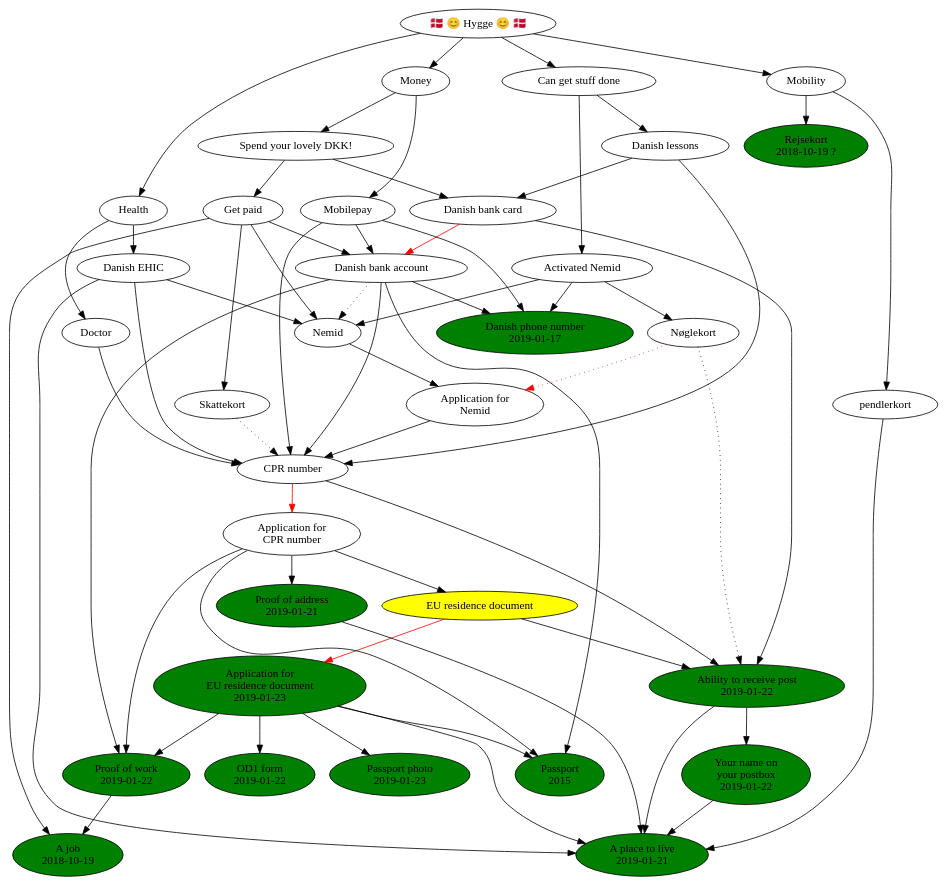
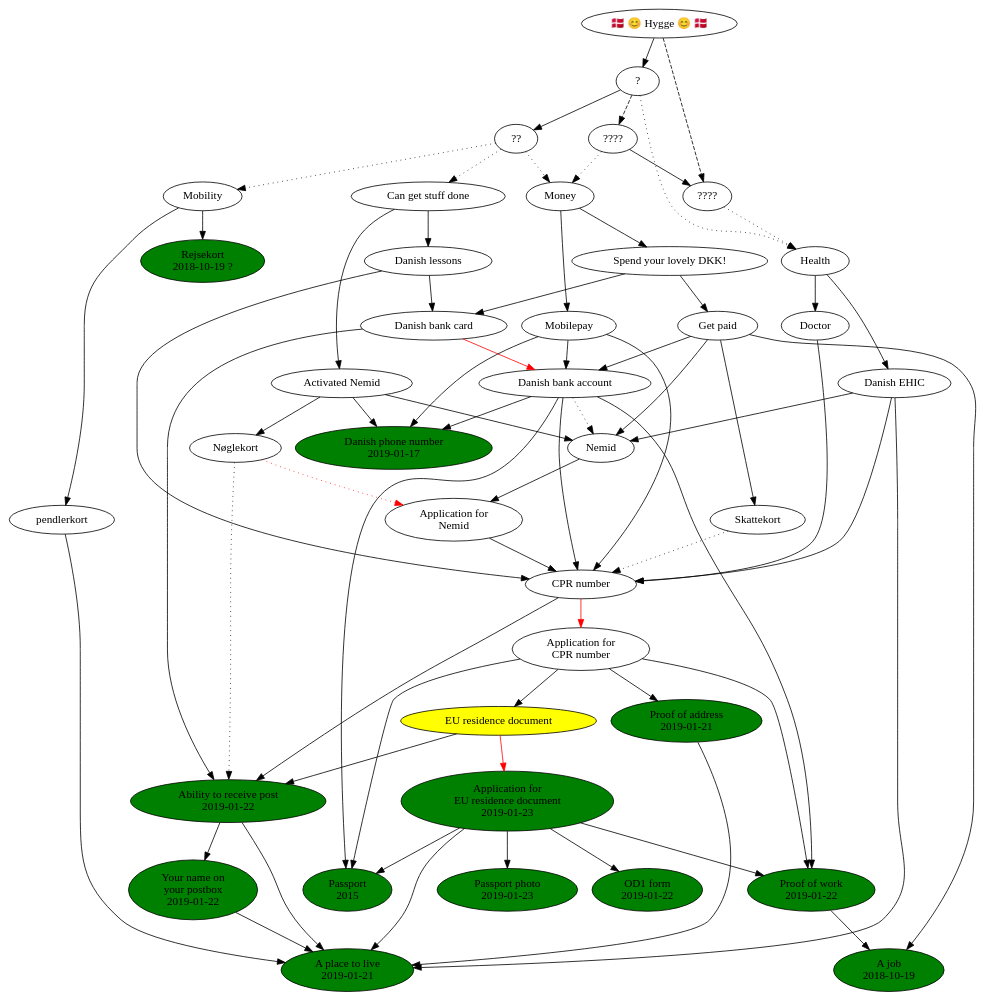
The diagram in flytter-til-danmark.dot (NoahBohme/emigrerer-til-danmark), drawn with Graphviz before and after one commit. The commit also changed 3 other files, not shown here.

```diff
--- a/flytter-til-danmark.dot
+++ b/flytter-til-danmark.dot
@@ -1,122 +1,136 @@
 digraph g {
   job [ label="A job\n2018-10-19" style=filled fillcolor=green ]
   proof_of_work [ label="Proof of work\n2019-01-22" style=filled fillcolor=green ]
   proof_of_work -> job
 
   passport [ label="Passport\n2015" style=filled fillcolor=green ]
 
   danish_phone_number [ label="Danish phone number\n2019-01-17" style=filled fillcolor=green ]
   rejsekort [ label="Rejsekort\n2018-10-19 ?" style=filled fillcolor=green ]
 
   place_to_live [ label="A place to live\n2019-01-21" style=filled fillcolor=green ]
 
   name_on_postbox [ label="Your name on\nyour postbox\n2019-01-22" style=filled fillcolor=green ]
   name_on_postbox -> place_to_live
 
   can_receive_post [ label="Ability to receive post\n2019-01-22" style=filled fillcolor=green ]
   can_receive_post -> place_to_live
   can_receive_post -> name_on_postbox
 
   pendlerkort
   pendlerkort -> place_to_live
 
   eu_residence_document_application [ label="Application for\nEU residence document\n2019-01-23" style=filled fillcolor=green ]
   eu_residence_document_application -> place_to_live
   eu_residence_document_application -> proof_of_work
   eu_residence_document_application -> passport
   eu_residence_document_application -> od1_form
   od1_form [ label="OD1 form\n2019-01-22" style=filled fillcolor=green ]
   passport_photo [ label="Passport photo\n2019-01-23" style=filled fillcolor=green ]
   eu_residence_document_application -> passport_photo
 
   eu_residence_document [ label="EU residence document" style=filled fillcolor=yellow ]
   eu_residence_document -> eu_residence_document_application [ color="red" ]
   eu_residence_document -> can_receive_post
 
   cpr_number_application [ label="Application for\nCPR number" ]
   cpr_number_application -> eu_residence_document
   cpr_number_application -> proof_of_work
   cpr_number_application -> proof_of_address
   cpr_number_application -> passport
 
   cpr_number [ label="CPR number" ]
   cpr_number -> cpr_number_application [ color="red" ]
   cpr_number -> can_receive_post
 
   proof_of_address [ label="Proof of address\n2019-01-21" style=filled fillcolor=green ]
   proof_of_address -> place_to_live
 
   skattekort [ label="Skattekort" ]
   skattekort -> cpr_number [ style="dotted" ]
 
   nemid_application [ label="Application for\nNemid" ]
   nemid_application -> cpr_number
   nemid [ label="Nemid" ]
   nemid -> nemid_application
 
   danish_bank_account [ label="Danish bank account" ]
   danish_bank_account -> cpr_number
   danish_bank_account -> proof_of_work
   danish_bank_account -> nemid [ style="dotted" ]
   danish_bank_account -> passport
   danish_bank_account -> danish_phone_number
 
   activated_nemid [ label="Activated Nemid" ]
   activated_nemid -> nemid
   activated_nemid -> danish_phone_number
   noglekort [ label="Nøglekort" ]
   activated_nemid -> noglekort
   noglekort -> nemid_application [ style="dotted" color="red" ]
   noglekort -> can_receive_post [ style="dotted" ]
 
   ehic [ label="Danish EHIC" ]
   ehic -> cpr_number
   ehic -> nemid
   ehic -> place_to_live
 
   doctor [ label="Doctor" ]
   doctor -> cpr_number
 
   get_paid [ label="Get paid" ]
   get_paid -> job
   get_paid -> skattekort
   get_paid -> danish_bank_account
   get_paid -> nemid
 
   danish_lessions [ label="Danish lessons" ]
   danish_lessions -> cpr_number
   danish_lessions -> danish_bank_card
 
   danish_bank_card [ label="Danish bank card" ]
   danish_bank_card -> danish_bank_account [ color="red" ]
   danish_bank_card -> can_receive_post
 
   spend_lovely_dkk [ label="Spend your lovely DKK!" ]
   spend_lovely_dkk -> get_paid
   spend_lovely_dkk -> danish_bank_card
 
   mobilepay [ label="Mobilepay" ]
   mobilepay -> cpr_number
   mobilepay -> danish_phone_number
   mobilepay -> danish_bank_account
 
   // Det endeligt mål
   hygge [ label="🇩🇰 😊 Hygge 😊 🇩🇰" ]
+  // Deliberately vague so as not to imply that (a) hygge has a formula, or
+  // (b) it depends on any of the named things
+  hygge -> magi4 [ style=dashed ]
+  hygge -> magi1
+  magi1 [ label="?" ]
+  magi4 [ label="????" ]
+  magi2 [ label="??" ]
+  magi3 [ label="????" ]
+  magi3 -> magi4
+  magi1 -> magi2
+  magi1 -> magi3 [ style=dashed ]
 
-  hygge -> helbred
+  magi1 -> helbred [ style=dotted ]
+  magi2 -> penge [ style=dotted ]
+
+  magi4 -> helbred [ style=dotted ]
   helbred [ label="Health" ]
   helbred -> doctor
   helbred -> ehic
-  hygge -> penge
+  magi3 -> penge [ style=dotted ]
   penge [ label="Money" ]
   penge -> spend_lovely_dkk
   penge -> mobilepay
-  hygge -> rejser
+  magi2 -> rejser [ style=dotted ]
   rejser [ label="Mobility" ]
   rejser -> pendlerkort
   rejser -> rejsekort
-  hygge -> faa_ting_gjort
+  magi2 -> faa_ting_gjort [ style=dotted ]
   faa_ting_gjort [ label="Can get stuff done" ]
   faa_ting_gjort -> activated_nemid
   faa_ting_gjort -> danish_lessions
 }
```
